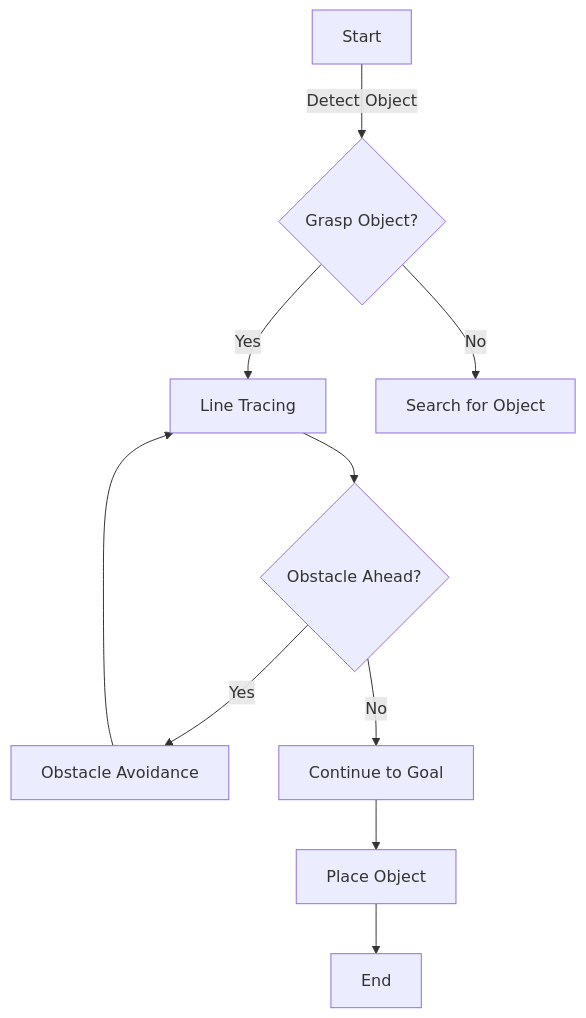
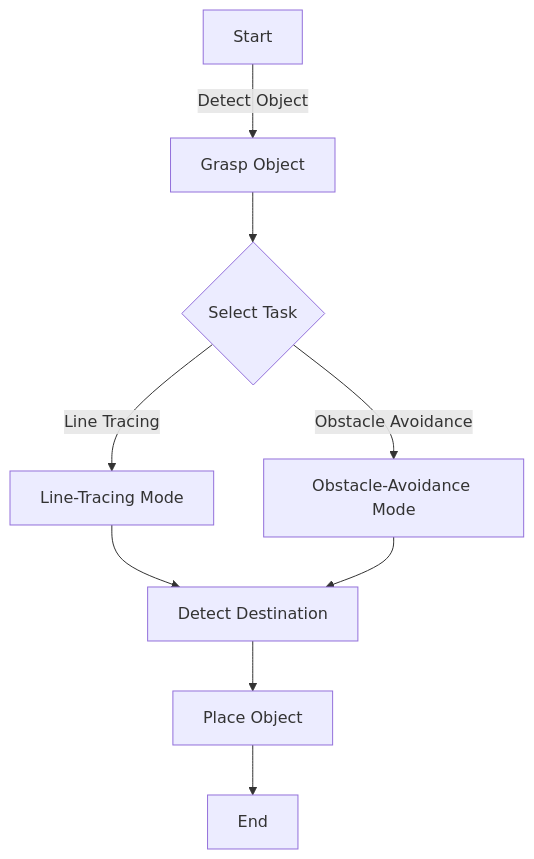
The diagram in content/blog/intelligent car system/index.md (625596774/zrk.github.io), drawn with Mermaid before and after one commit. The commit also changed other lines of this file and 18 other files, not shown here.

````diff
--- a/content/blog/intelligent car system/index.md
+++ b/content/blog/intelligent car system/index.md
@@ -54,12 +53,11 @@
 ```mermaid
 graph TD
-A[Start] -->|Detect Object| B{Grasp Object?}
-B -->|Yes| C[Line Tracing]
-B -->|No| D[Search for Object]
-C --> E{Obstacle Ahead?}
-E -->|Yes| F[Obstacle Avoidance]
-E -->|No| G[Continue to Goal]
-F --> C
-G --> H[Place Object]
-H --> I[End]
+A[Start] -->|Detect Object| B[Grasp Object]
+B --> C{Select Task}
+C -->|Line Tracing| D[Line-Tracing Mode]
+C -->|Obstacle Avoidance| E[Obstacle-Avoidance Mode]
+D --> F[Detect Destination]
+E --> F
+F --> G[Place Object]
+G --> H[End]
 ```
````
